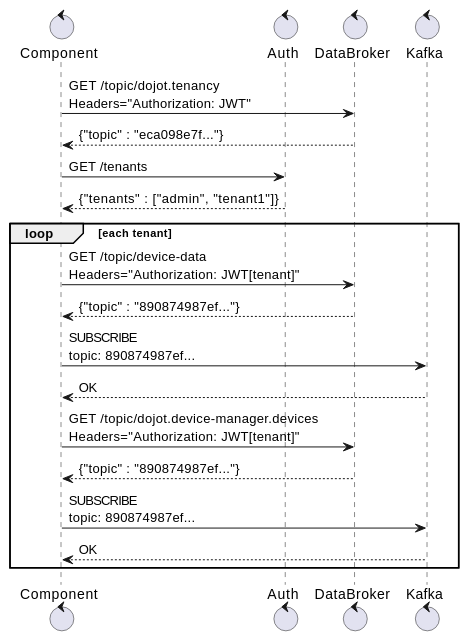
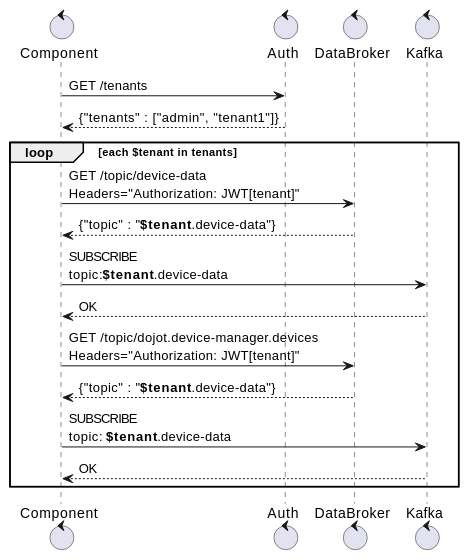
One commit to dojot/docs changed the fifth of 11 diagrams in source/internal-communication.rst. Above: the diagram before and after it, drawn with PlantUML. The commit also changed other lines of this file and 5 other files, not shown here.

```diff
--- a/source/internal-communication.rst
+++ b/source/internal-communication.rst
@@ -260,23 +222,21 @@
 .. uml::
    :caption: Tenant bootstrapping at startup
    :align: center
 
    control Component
    control Auth
    control DataBroker
    control Kafka
 
-   Component -> DataBroker: GET /topic/dojot.tenancy \nHeaders="Authorization: JWT"
-   DataBroker --> Component: {"topic" : "eca098e7f..."}
    Component-> Auth: GET /tenants
    Auth --> Component: {"tenants" : ["admin", "tenant1"]}
-   loop each tenant
+   loop each $tenant in tenants
      Component -> DataBroker: GET /topic/device-data \nHeaders="Authorization: JWT[tenant]"
-     DataBroker --> Component: {"topic" : "890874987ef..."}
-     Component -> Kafka: SUBSCRIBE\ntopic: 890874987ef...
+     DataBroker --> Component: {"topic" : "**$tenant**.device-data"}
+     Component -> Kafka: SUBSCRIBE\ntopic:**$tenant**.device-data
      Kafka --> Component: OK
      Component -> DataBroker: GET /topic/dojot.device-manager.devices \nHeaders="Authorization: JWT[tenant]"
-     DataBroker --> Component: {"topic" : "890874987ef..."}
-     Component -> Kafka: SUBSCRIBE\ntopic: 890874987ef...
+     DataBroker --> Component: {"topic" : "**$tenant**.device-data"}
+     Component -> Kafka: SUBSCRIBE\ntopic: **$tenant**.device-data
      Kafka --> Component: OK
    end
```
